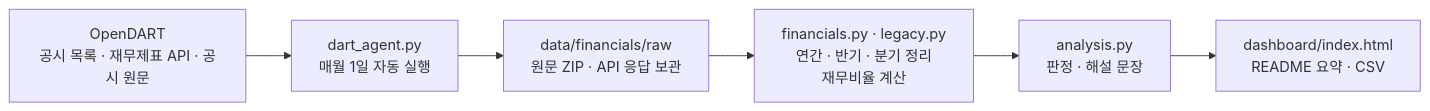
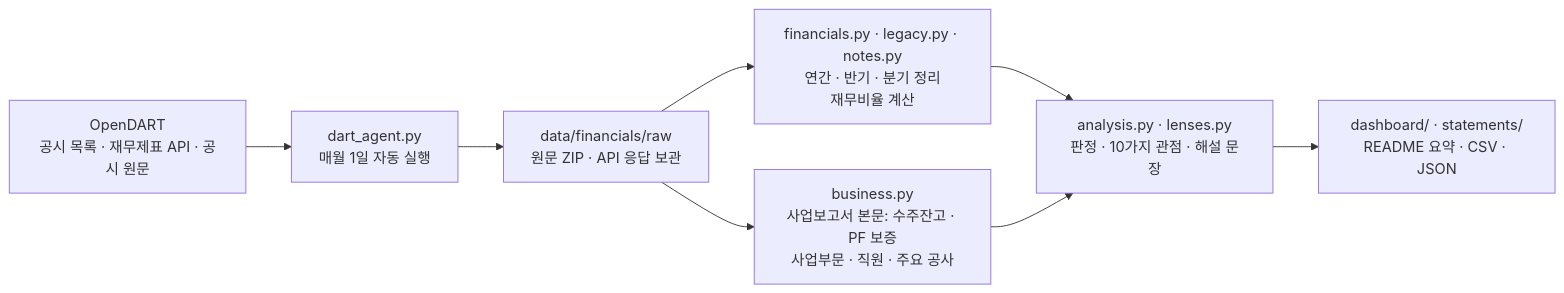
One commit to HSC-Class01/KTG_Hyundai changed the diagram in README.md. Above: the diagram before and after it, drawn with Mermaid. The commit also changed other lines of this file and 12 other files, not shown here.

First line of the commit message:
Add business-report view and 10-year financial statements visualization

````diff
--- a/README.md
+++ b/README.md
@@ -59,8 +73,10 @@
 ```mermaid
 flowchart LR
   A["OpenDART<br/>공시 목록 · 재무제표 API · 공시 원문"] --> B["dart_agent.py<br/>매월 1일 자동 실행"]
   B --> C["data/financials/raw<br/>원문 ZIP · API 응답 보관"]
-  C --> D["financials.py · legacy.py<br/>연간 · 반기 · 분기 정리<br/>재무비율 계산"]
-  D --> E["analysis.py<br/>판정 · 해설 문장"]
-  E --> F["dashboard/index.html<br/>README 요약 · CSV"]
+  C --> D["financials.py · legacy.py · notes.py<br/>연간 · 반기 · 분기 정리<br/>재무비율 계산"]
+  C --> G["business.py<br/>사업보고서 본문: 수주잔고 · PF 보증<br/>사업부문 · 직원 · 주요 공사"]
+  D --> E["analysis.py · lenses.py<br/>판정 · 10가지 관점 · 해설 문장"]
+  G --> E
+  E --> F["dashboard/ · statements/<br/>README 요약 · CSV · JSON"]
 ```
````
